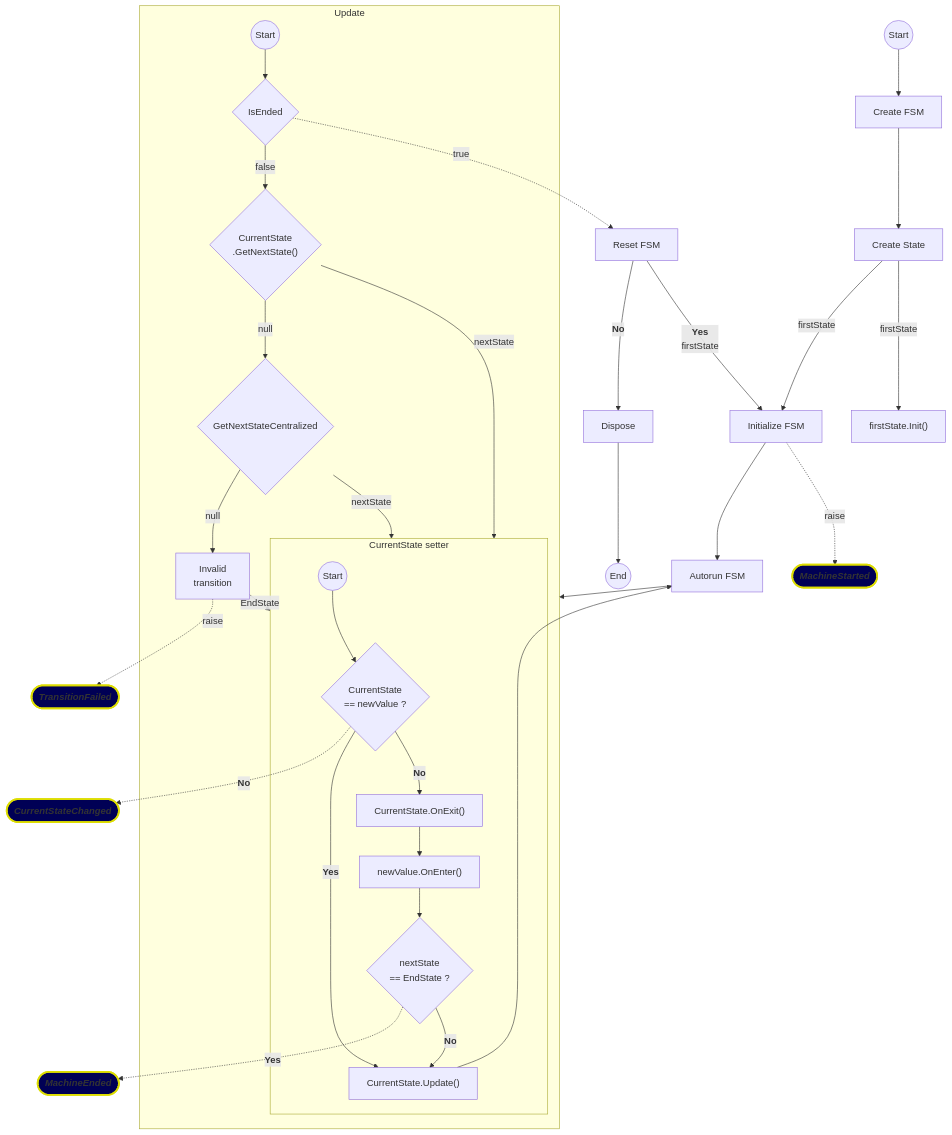
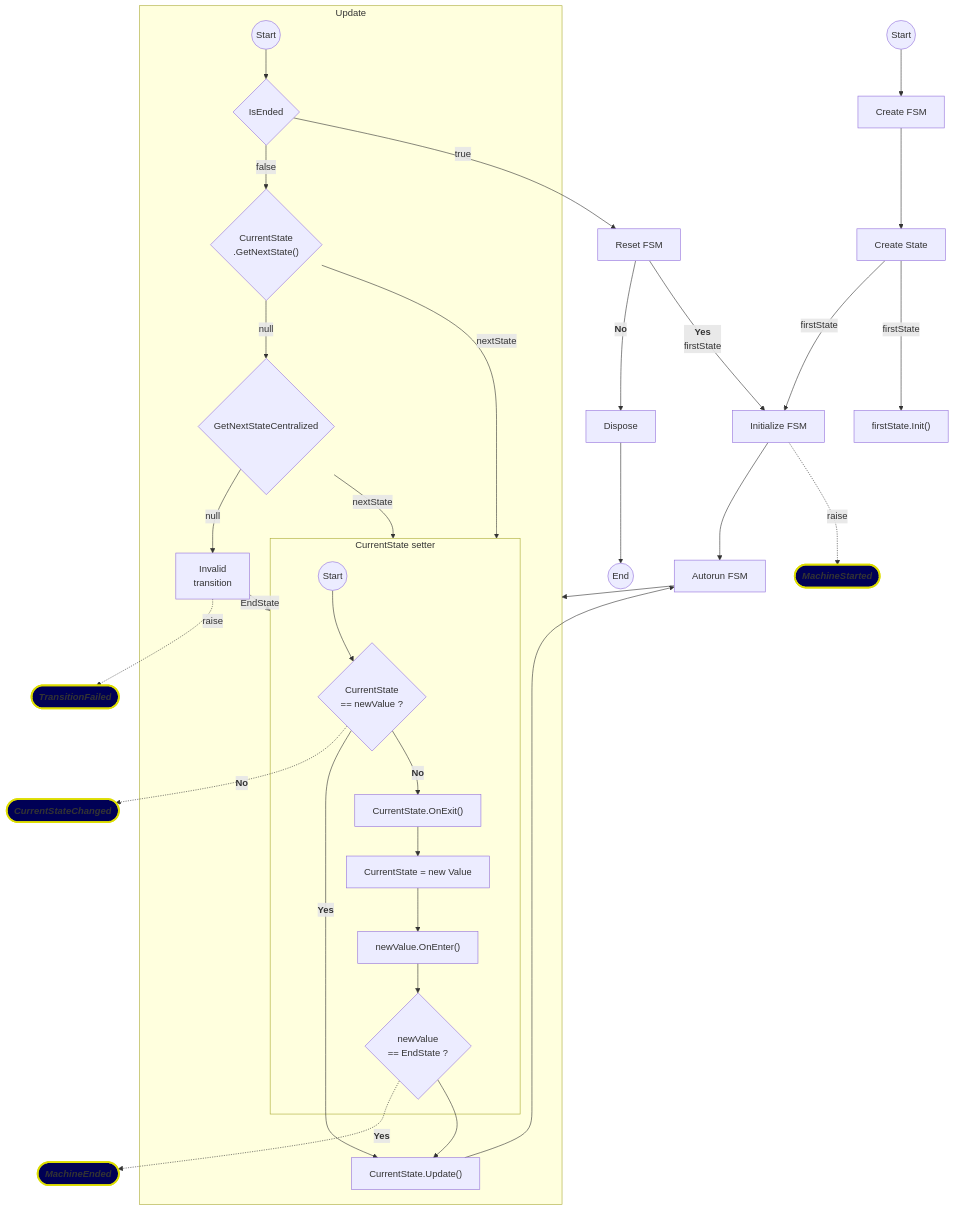
One commit to elTRexx/ReusableFiniteStateMachine changed diagram 11 of 12 in README.md. Above: the diagram before and after it, drawn with Mermaid. The commit also changed 1 other file, not shown here.

Commit message:
Update README.md lifecycle diagram.

````diff
--- a/README.md
+++ b/README.md
@@ -554,43 +554,44 @@
 ```mermaid
 flowchart TB
     classDef eventClass fill:#005,stroke:#dd0,stroke-width:3px
     MainStart@{ shape: circle, label: "Start" } --> CreateFSM["Create FSM"]    
 
     ChangeCurrentState{"CurrentState\n== newValue ?"} -. "`**No**`" .-> CurrentStateChanged(["`**_CurrentStateChanged_**`"]):::eventClass
-    InvalidTransition["Invalid\ntransition"] -. raise .-> TransitionFailed(["`**_TransitionFailed_**`"]):::eventClass     
+    InvalidTransition["Invalid\ntransition"] -. raise .-> TransitionFailed(["`**_TransitionFailed_**`"]):::eventClass   
+    NextIsEnd{"newValue\n== EndState ?"} -. "`**Yes**`" .-> MachineEnded(["`**_MachineEnded_**`"]):::eventClass  
+
+    subgraph CurrentStateSetter["CurrentState setter"]
+    SetterStart@{ shape: circle, label: "Start" } --> ChangeCurrentState
+    CurrentStateExit["CurrentState.OnExit()"] --> UpdateCurrentState["CurrentState = new Value"]
+    UpdateCurrentState --> NextStateEnter["newValue.OnEnter()"]
+    NextStateEnter --> NextIsEnd    
+    end
 
     CreateFSM --> CreateState["Create State"]    
     CreateState-- firstState --> Init["Initialize FSM"]
     CreateState-- firstState --> InitState["firstState.Init()"]
     Init --> AutorunFSM["Autorun FSM"]  
     Init -. raise .-> MachineStarted(["`**_MachineStarted_**`"]):::eventClass  
     ResetFSM -- "`**No**`" --> Dispose
     ResetFSM["Reset FSM"] -- "`**Yes**
     firstState`" --> Init    
     AutorunFSM --> Update    
 
     subgraph Update ["Update"]
     UpdateStart@{ shape: circle, label: "Start" } --> IsEnded
     IsEnded -- false --> NextStateDecentralized{"CurrentState\n.GetNextState()"}
     NextStateDecentralized -- null --> NextStateCentralized{"GetNextStateCentralized"}
     NextStateCentralized -- null -->  InvalidTransition
     InvalidTransition -- EndState --> CurrentStateSetter
     NextStateCentralized -- nextState --> CurrentStateSetter
     NextStateDecentralized -- nextState --> CurrentStateSetter   
+    NextIsEnd --> CurrentStateUpdate    
+    
+    ChangeCurrentState -- "`**Yes**`" --> CurrentStateUpdate["CurrentState.Update()"]
+    ChangeCurrentState -- "`**No**`" --> CurrentStateExit  
     end    
 
-    IsEnded{"IsEnded"} -. true .-> ResetFSM
-    NextIsEnd{"nextState\n== EndState ?"} -. "`**Yes**`" .-> MachineEnded(["`**_MachineEnded_**`"]):::eventClass
-
-    subgraph CurrentStateSetter["CurrentState setter"]
-    SetterStart@{ shape: circle, label: "Start" } --> ChangeCurrentState
-    NextIsEnd -- "`**No**`" --> CurrentStateUpdate
-    CurrentStateExit --> NextStateEnter["newValue.OnEnter()"]
-    NextStateEnter --> NextIsEnd
-    ChangeCurrentState -- "`**Yes**`" --> CurrentStateUpdate["CurrentState.Update()"]
-    ChangeCurrentState -- "`**No**`" --> CurrentStateExit["CurrentState.OnExit()"]    
-    end    
-
+    IsEnded{"IsEnded"} -- true --> ResetFSM    
     CurrentStateUpdate --> AutorunFSM
     Dispose --> End@{ shape: circle, label: "End" }
 ```
````
